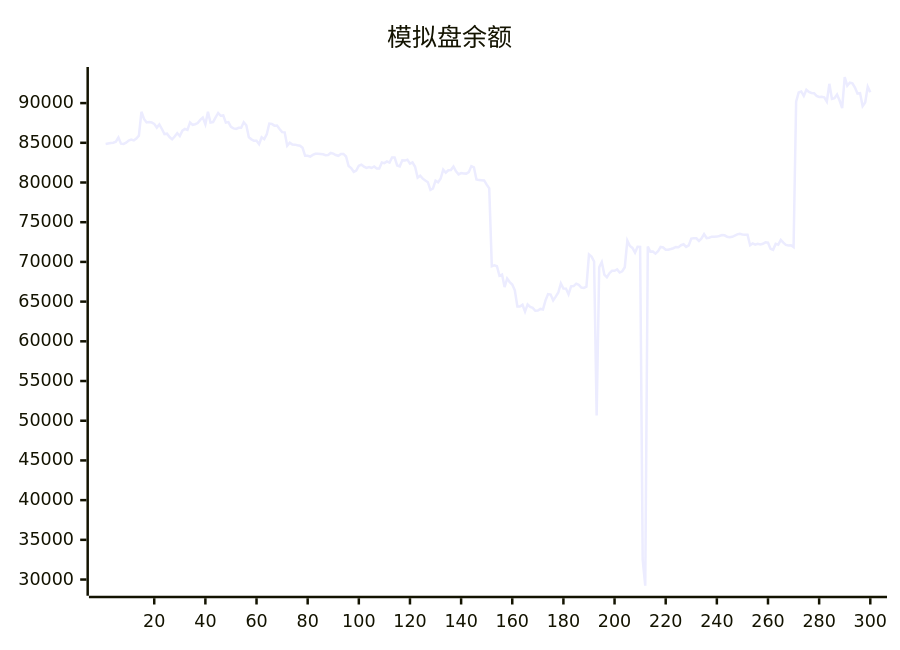
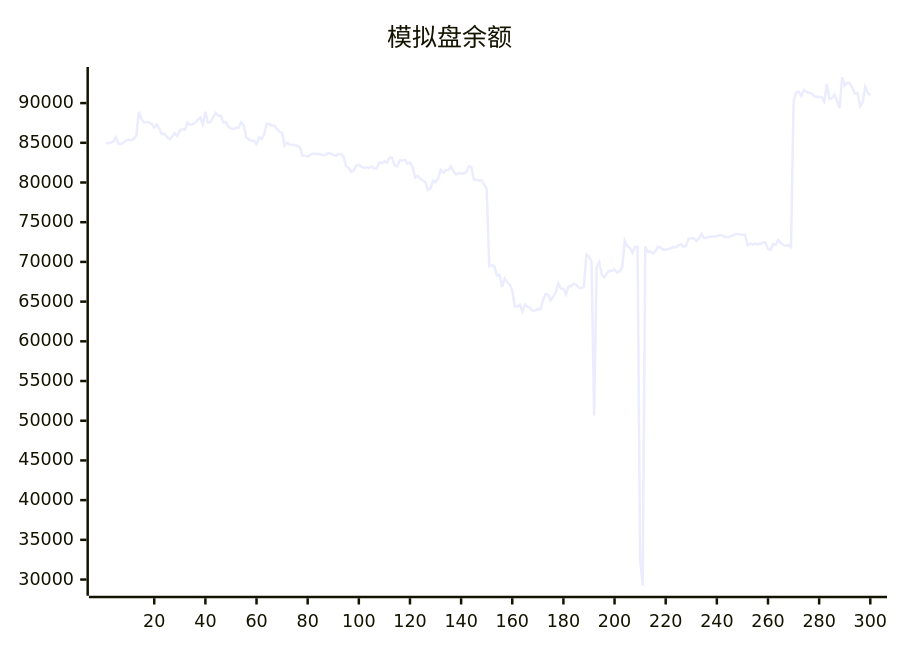
The diagram in README.md (aahl/ai-trading), drawn with Mermaid before and after one commit. The commit also changed other lines of this file and 1 other file, not shown here.

````diff
--- a/README.md
+++ b/README.md
@@ -5,5 +5,5 @@
 ```mermaid
 xychart
     title "模拟盘余额"
-    line [84850,84916,84981,85004,85131,85674,84891,84864,85019,85284,85393,85294,85538,85894,88904,88012,87567,87625,87568,87386,86920,87313,86737,86094,86143,85725,85437,85787,86219,85859,86526,86740,86630,87563,87264,87335,87483,87886,88180,87335,88894,87544,87608,88207,88755,88401,88444,87543,87608,87000,86810,86740,86894,86884,87576,87209,85686,85435,85251,85255,84820,85689,85453,86066,87420,87373,87161,87178,86740,86341,86315,84643,85012,84772,84768,84690,84635,84376,83360,83357,83259,83474,83608,83606,83602,83548,83440,83454,83724,83644,83464,83365,83590,83592,83275,82072,81806,81344,81492,82109,82254,82006,81848,81955,81829,82022,81769,81776,82522,82441,82656,82498,83144,83144,82150,82038,82797,82763,82872,82367,82536,81981,80612,80862,80484,80242,80034,79063,79245,80226,80016,80507,81625,81233,81544,81578,82016,81401,81019,81186,81130,81118,81306,82066,81909,80392,80304,80291,80258,79729,79261,69466,69579,69456,68251,68415,66832,67911,67462,67144,66432,64380,64375,64606,63740,64647,64324,64216,63842,63877,64078,64008,65156,65945,65888,65157,65625,66144,67284,66653,66639,65924,66925,66956,67263,67108,66766,66729,66886,70927,70673,70049,50652,69334,69973,68400,68061,68578,68876,68879,69055,68662,68822,69329,72687,71999,71760,71162,71911,71896,32500,29218,71927,71297,71305,71044,71337,71883,71822,71536,71536,71622,71723,71880,71860,72100,72216,71887,72077,72940,72976,72966,72638,72948,73497,73004,73041,73173,73160,73186,73258,73375,73351,73173,73098,73161,73305,73474,73536,73457,73413,73412,72100,72333,72164,72272,72204,72285,72461,72421,71652,71521,72267,72157,72774,72424,72144,72060,72091,71858,90185,91338,91466,90900,91678,91404,91268,91244,90903,90779,90787,90721,90187,92429,90518,90619,91070,90328,89376,93286,92202,92581,92485,91947,91196,91259,89619,90086,92063,91355]
+    line [84916,84981,85004,85131,85674,84891,84864,85019,85284,85393,85294,85538,85894,88904,88012,87567,87625,87568,87386,86920,87313,86737,86094,86143,85725,85437,85787,86219,85859,86526,86740,86630,87563,87264,87335,87483,87886,88180,87335,88894,87544,87608,88207,88755,88401,88444,87543,87608,87000,86810,86740,86894,86884,87576,87209,85686,85435,85251,85255,84820,85689,85453,86066,87420,87373,87161,87178,86740,86341,86315,84643,85012,84772,84768,84690,84635,84376,83360,83357,83259,83474,83608,83606,83602,83548,83440,83454,83724,83644,83464,83365,83590,83592,83275,82072,81806,81344,81492,82109,82254,82006,81848,81955,81829,82022,81769,81776,82522,82441,82656,82498,83144,83144,82150,82038,82797,82763,82872,82367,82536,81981,80612,80862,80484,80242,80034,79063,79245,80226,80016,80507,81625,81233,81544,81578,82016,81401,81019,81186,81130,81118,81306,82066,81909,80392,80304,80291,80258,79729,79261,69466,69579,69456,68251,68415,66832,67911,67462,67144,66432,64380,64375,64606,63740,64647,64324,64216,63842,63877,64078,64008,65156,65945,65888,65157,65625,66144,67284,66653,66639,65924,66925,66956,67263,67108,66766,66729,66886,70927,70673,70049,50652,69334,69973,68400,68061,68578,68876,68879,69055,68662,68822,69329,72687,71999,71760,71162,71911,71896,32500,29218,71927,71297,71305,71044,71337,71883,71822,71536,71536,71622,71723,71880,71860,72100,72216,71887,72077,72940,72976,72966,72638,72948,73497,73004,73041,73173,73160,73186,73258,73375,73351,73173,73098,73161,73305,73474,73536,73457,73413,73412,72100,72333,72164,72272,72204,72285,72461,72421,71652,71521,72267,72157,72774,72424,72144,72060,72091,71858,90185,91338,91466,90900,91678,91404,91268,91244,90903,90779,90787,90721,90187,92429,90518,90619,91070,90328,89376,93286,92202,92581,92485,91947,91196,91259,89619,90086,92063,91355,90950]
 ```
````
